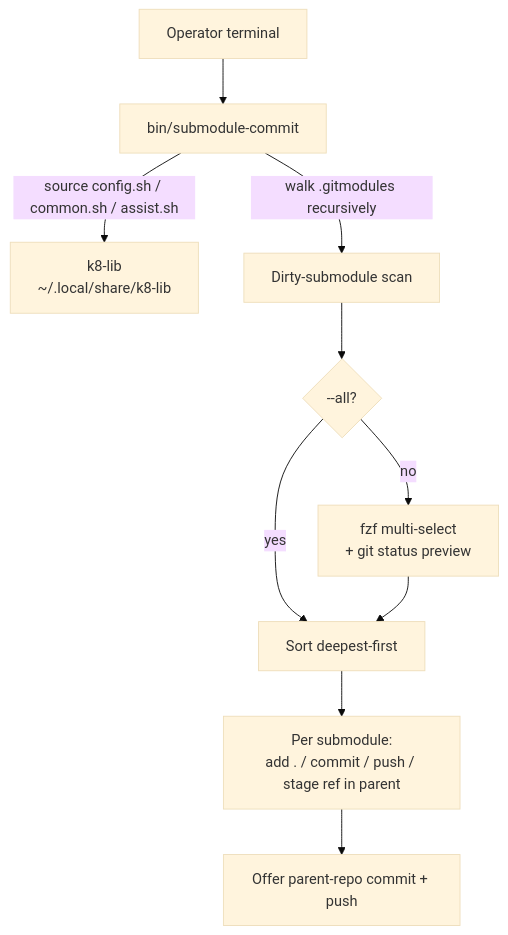
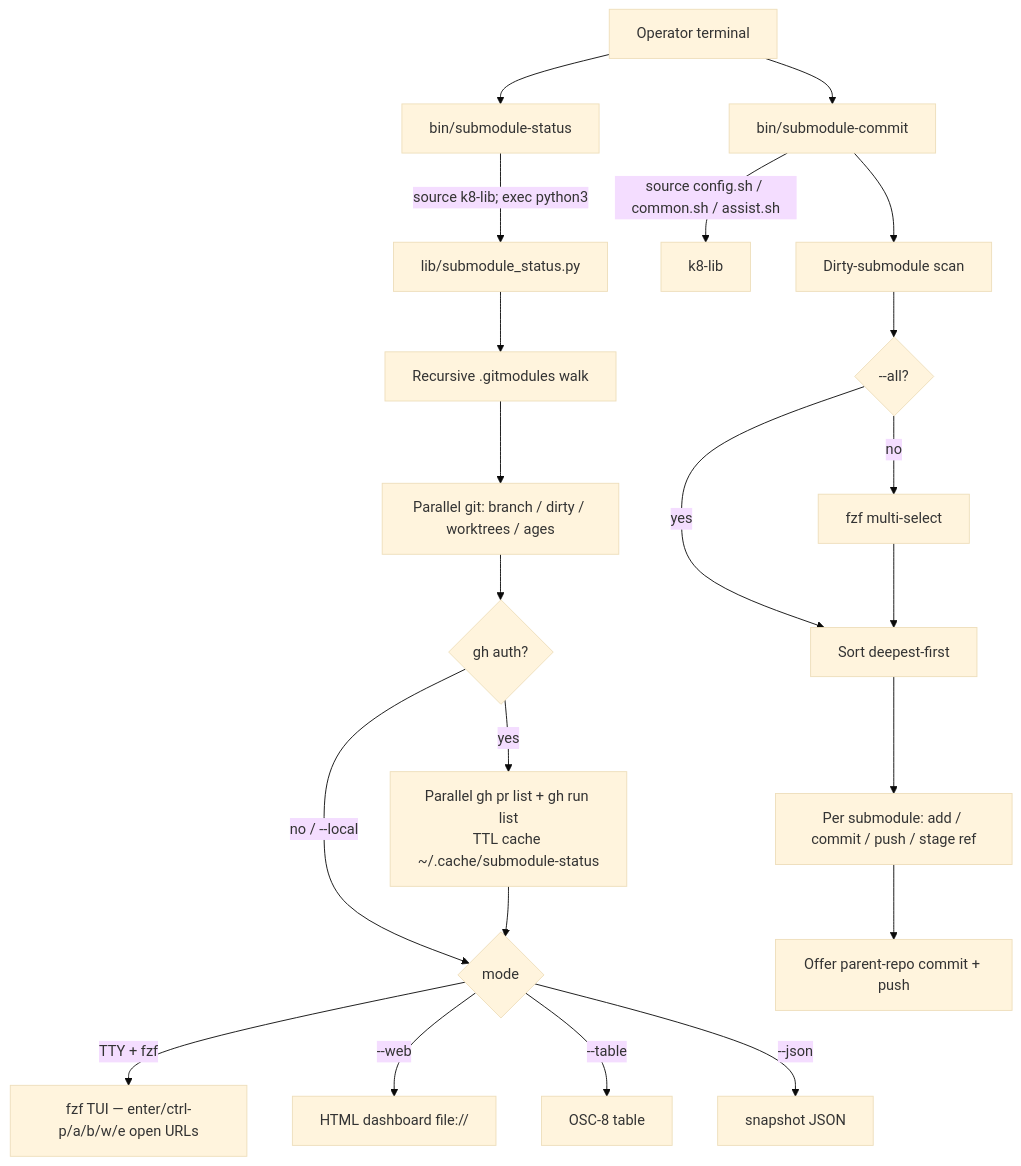
The diagram in docs/PROJ-ARCH.md (the-robot-lives/github-tools), drawn with Mermaid (base theme) before and after one commit. The commit also changed other lines of this file and 14 other files, not shown here.

First line of the commit message:
Add submodule-status dashboard

````diff
--- a/docs/PROJ-ARCH.md
+++ b/docs/PROJ-ARCH.md
@@ -21,12 +22,24 @@
 ```mermaid
 flowchart TB
-    U[Operator terminal] --> SC[bin/submodule-commit]
-    SC -->|source config.sh / common.sh / assist.sh| KL[k8-lib<br/>~/.local/share/k8-lib]
-    SC -->|walk .gitmodules recursively| SCAN[Dirty-submodule scan]
-    SCAN --> SEL{--all?}
-    SEL -->|no| FZF[fzf multi-select<br/>+ git status preview]
+    U[Operator terminal] --> SS[bin/submodule-status]
+    U --> SC[bin/submodule-commit]
+    SS -->|source k8-lib; exec python3| PY[lib/submodule_status.py]
+    SC -->|source config.sh / common.sh / assist.sh| KL[k8-lib]
+    PY --> SCAN[Recursive .gitmodules walk]
+    SCAN --> LOCAL[Parallel git: branch / dirty / worktrees / ages]
+    LOCAL --> GH{gh auth?}
+    GH -->|yes| API["Parallel gh pr list + gh run list<br/>TTL cache ~/.cache/submodule-status"]
+    GH -->|no / --local| RENDER
+    API --> RENDER{mode}
+    RENDER -->|TTY + fzf| FZF[fzf TUI — enter/ctrl-p/a/b/w/e open URLs]
+    RENDER -->|--web| HTML[HTML dashboard file://]
+    RENDER -->|--table| TBL[OSC-8 table]
+    RENDER -->|--json| JSON[snapshot JSON]
+    SC --> DIRTY[Dirty-submodule scan]
+    DIRTY --> SEL{--all?}
+    SEL -->|no| FZFC[fzf multi-select]
     SEL -->|yes| ORD
-    FZF --> ORD[Sort deepest-first]
-    ORD --> LOOP[Per submodule:<br/>add . / commit / push / stage ref in parent]
+    FZFC --> ORD[Sort deepest-first]
+    ORD --> LOOP[Per submodule: add / commit / push / stage ref]
     LOOP --> PARENT[Offer parent-repo commit + push]
 ```
````
